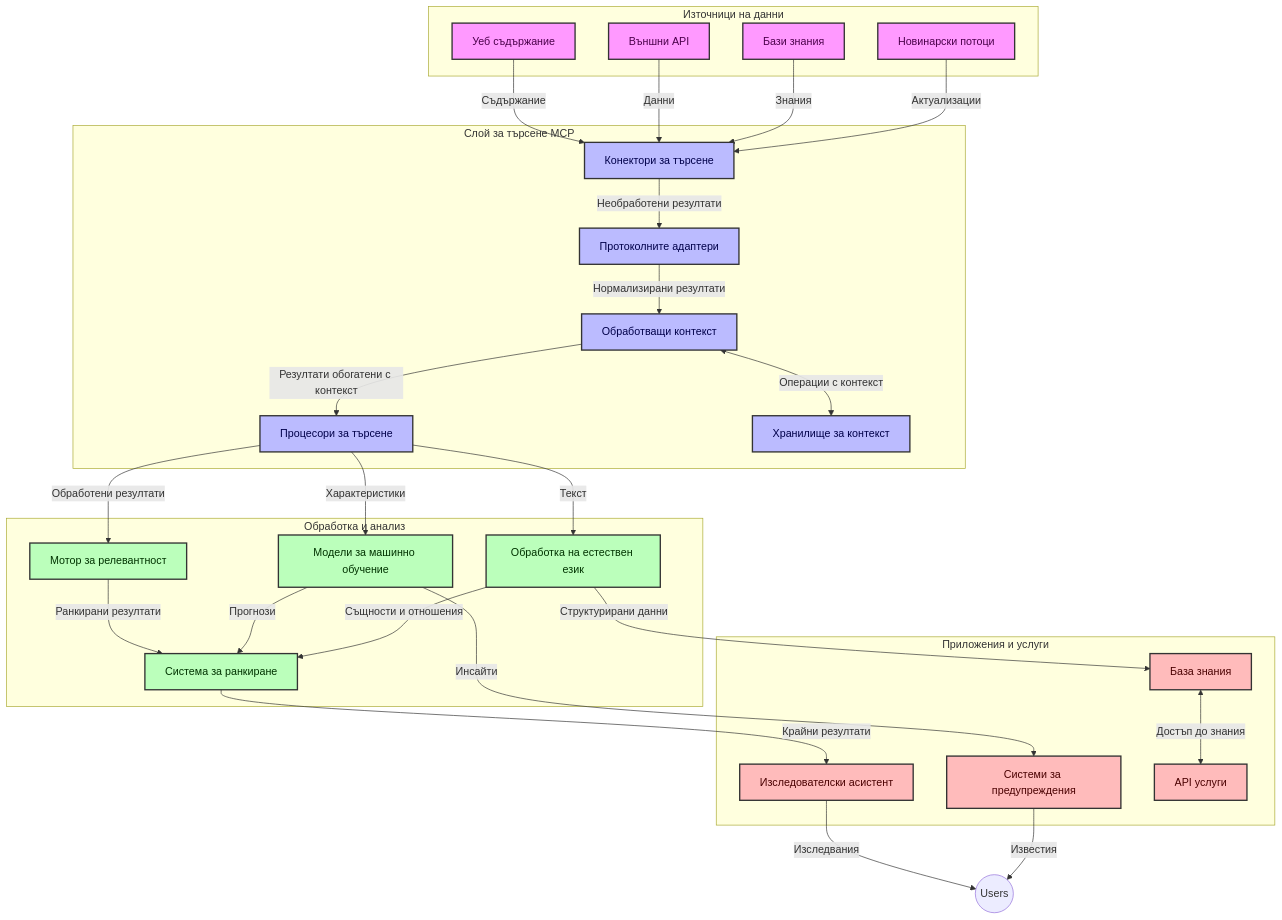
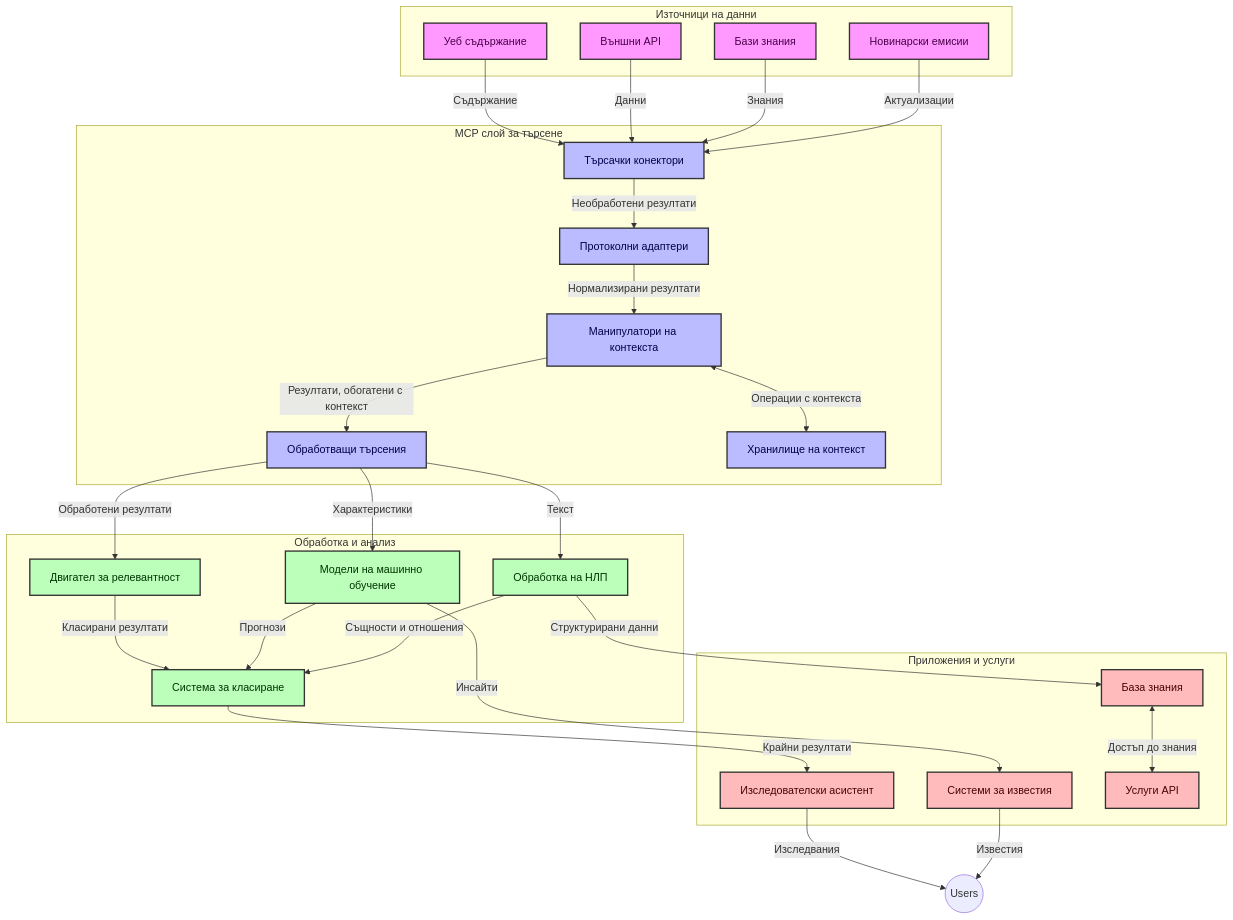
One commit to microsoft/mcp-for-beginners changed the first of 4 diagrams in translations/bg/05-AdvancedTopics/mcp-realtimesearch/README.md. Above: the diagram before and after it, drawn with Mermaid. The commit also changed other lines of this file and 145 other files, not shown here.

````diff
--- a/translations/bg/05-AdvancedTopics/mcp-realtimesearch/README.md
+++ b/translations/bg/05-AdvancedTopics/mcp-realtimesearch/README.md
@@ -109,66 +109,66 @@
 ```mermaid
 graph TD
     subgraph "Източници на данни"
         Web[Уеб съдържание]
         APIs[Външни API]
         DB[Бази знания]
-        News[Новинарски потоци]
+        News[Новинарски емисии]
     end
 
-    subgraph "Слой за търсене MCP"
-        SC[Конектори за търсене]
-        PA[Протоколните адаптери]
-        CH[Обработващи контекст]
-        SP[Процесори за търсене]
-        CS[Хранилище за контекст]
+    subgraph "MCP слой за търсене"
+        SC[Търсачки конектори]
+        PA[Протоколни адаптери]
+        CH[Манипулатори на контекста]
+        SP[Обработващи търсения]
+        CS[Хранилище на контекст]
     end
 
     subgraph "Обработка и анализ"
-        RE[Мотор за релевантност]
-        ML[Модели за машинно обучение]
-        NLP[Обработка на естествен език]
-        Rank[Система за ранкиране]
+        RE[Двигател за релевантност]
+        ML[Модели на машинно обучение]
+        NLP[Обработка на НЛП]
+        Rank[Система за класиране]
     end
 
     subgraph "Приложения и услуги"
         RA[Изследователски асистент]
-        Alerts[Системи за предупреждения]
+        Alerts[Системи за известия]
         KB[База знания]
-        API[API услуги]
+        API[Услуги API]
     end
 
     Web -->|Съдържание| SC
     APIs -->|Данни| SC
     DB -->|Знания| SC
     News -->|Актуализации| SC
     
     SC -->|Необработени резултати| PA
     PA -->|Нормализирани резултати| CH
-    CH <-->|Операции с контекст| CS
-    CH -->|Резултати обогатени с контекст| SP
+    CH <-->|Операции с контекста| CS
+    CH -->|Резултати, обогатени с контекст| SP
     SP -->|Обработени резултати| RE
     SP -->|Характеристики| ML
     SP -->|Текст| NLP
     
-    RE -->|Ранкирани резултати| Rank
+    RE -->|Класирани резултати| Rank
     ML -->|Прогнози| Rank
     NLP -->|Същности и отношения| Rank
     
     Rank -->|Крайни резултати| RA
     ML -->|Инсайти| Alerts
     NLP -->|Структурирани данни| KB
     
     RA -->|Изследвания| Users((Users))
     Alerts -->|Известия| Users
     KB <-->|Достъп до знания| API
 
     classDef sources fill:#f9f,stroke:#333,stroke-width:2px,color:#4a004a
     classDef mcp fill:#bbf,stroke:#333,stroke-width:2px,color:#00004a
     classDef processing fill:#bfb,stroke:#333,stroke-width:2px,color:#003300
     classDef apps fill:#fbb,stroke:#333,stroke-width:2px,color:#4a0000
     
     class Web,APIs,DB,News sources
     class SC,PA,CH,SP,CS mcp
     class RE,ML,NLP,Rank processing
     class RA,Alerts,KB,API apps
 ```
````
